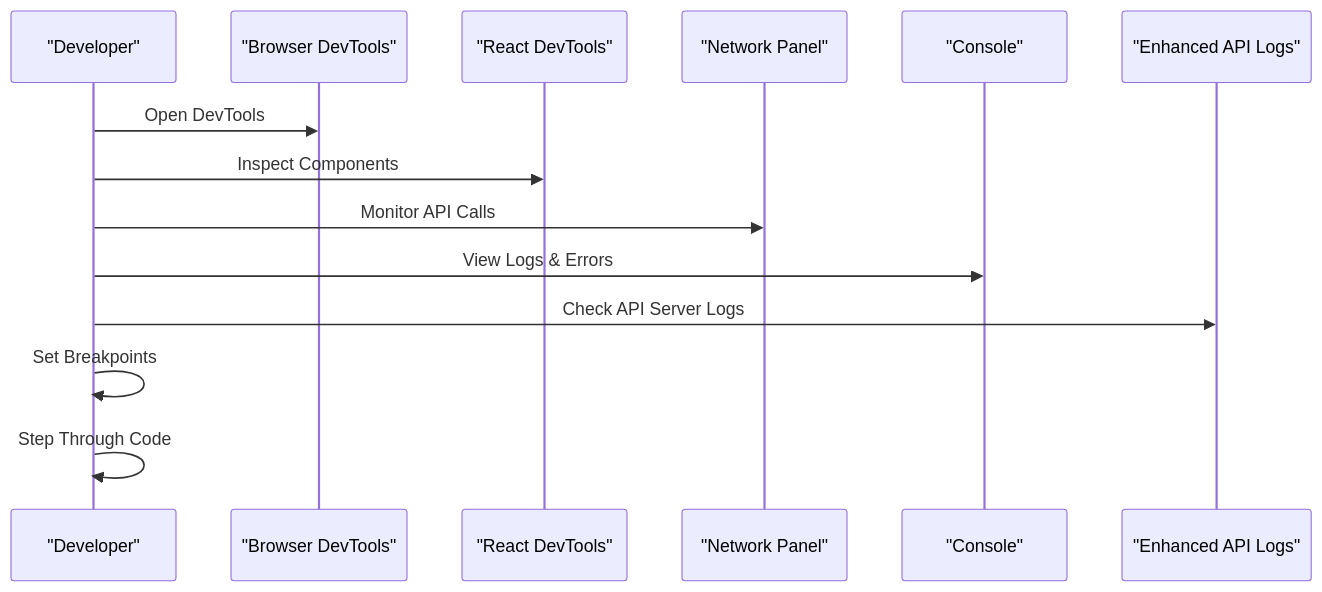
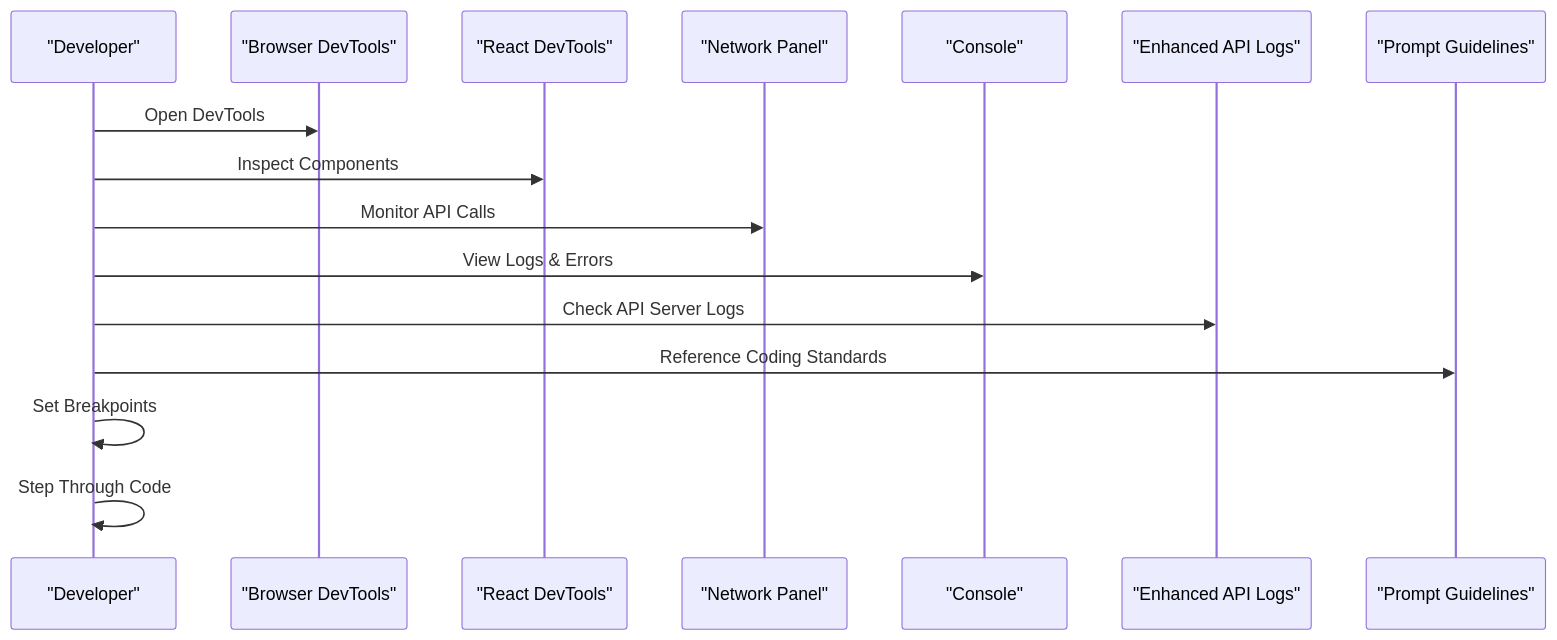
The eighth of 11 diagrams in .qoder/repowiki/en/content/Development Guide/Development Guide.md (zmyeo54/briefroom), drawn with Mermaid before and after one commit. The commit also changed other lines of this file and 23 other files, not shown here.

````diff
--- a/.qoder/repowiki/en/content/Development Guide/Development Guide.md
+++ b/.qoder/repowiki/en/content/Development Guide/Development Guide.md
@@ -431,16 +553,18 @@
 ```mermaid
 sequenceDiagram
 participant Dev as "Developer"
 participant Browser as "Browser DevTools"
 participant React as "React DevTools"
 participant Network as "Network Panel"
 participant Console as "Console"
 participant Logs as "Enhanced API Logs"
+participant Prompts as "Prompt Guidelines"
 Dev->>Browser : Open DevTools
 Dev->>React : Inspect Components
 Dev->>Network : Monitor API Calls
 Dev->>Console : View Logs & Errors
 Dev->>Logs : Check API Server Logs
+Dev->>Prompts : Reference Coding Standards
 Dev->>Dev : Set Breakpoints
 Dev->>Dev : Step Through Code
 ```
````
